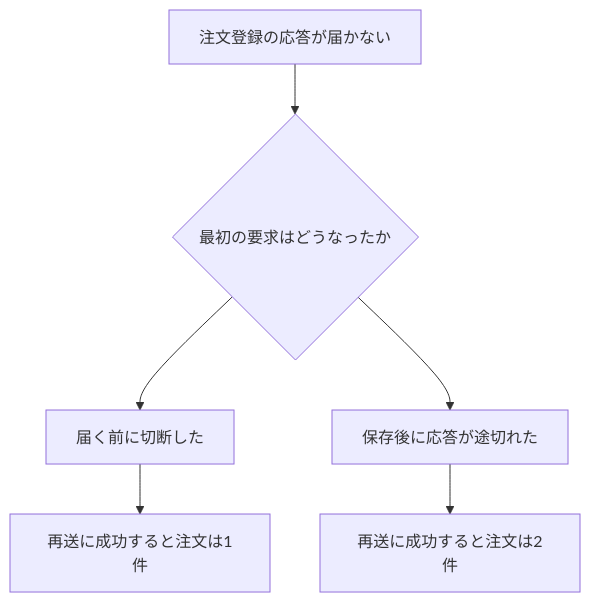
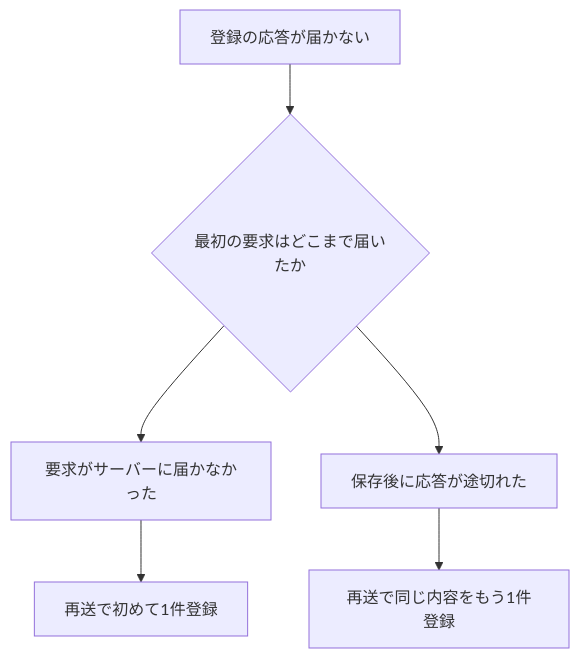
Before and after one commit to tsuji-tomonori/rest-api-sample: the diagram in docs/04-methods.md, drawn with Mermaid. The commit also changed other lines of this file and 29 other files, not shown here.

````diff
--- a/docs/04-methods.md
+++ b/docs/04-methods.md
@@ -105,8 +70,8 @@
 ```mermaid
 flowchart TD
-    A["注文登録の応答が届かない"] --> B{"最初の要求はどうなったか"}
-    B --> C["届く前に切断した"]
+    A["登録の応答が届かない"] --> B{"最初の要求はどこまで届いたか"}
+    B --> C["要求がサーバーに届かなかった"]
     B --> D["保存後に応答が途切れた"]
-    C --> E["再送に成功すると注文は1件"]
-    D --> F["再送に成功すると注文は2件"]
+    C --> E["再送で初めて1件登録"]
+    D --> F["再送で同じ内容をもう1件登録"]
 ```
````
